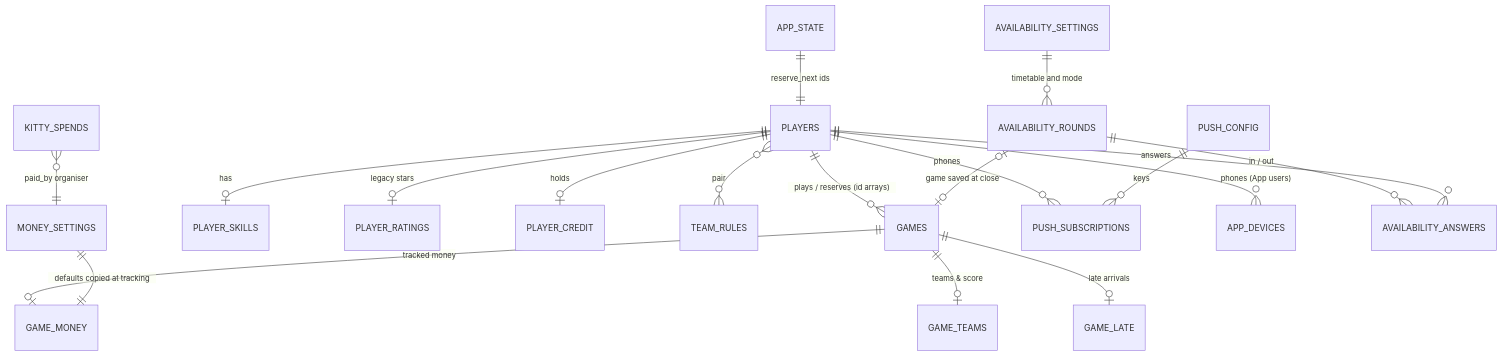
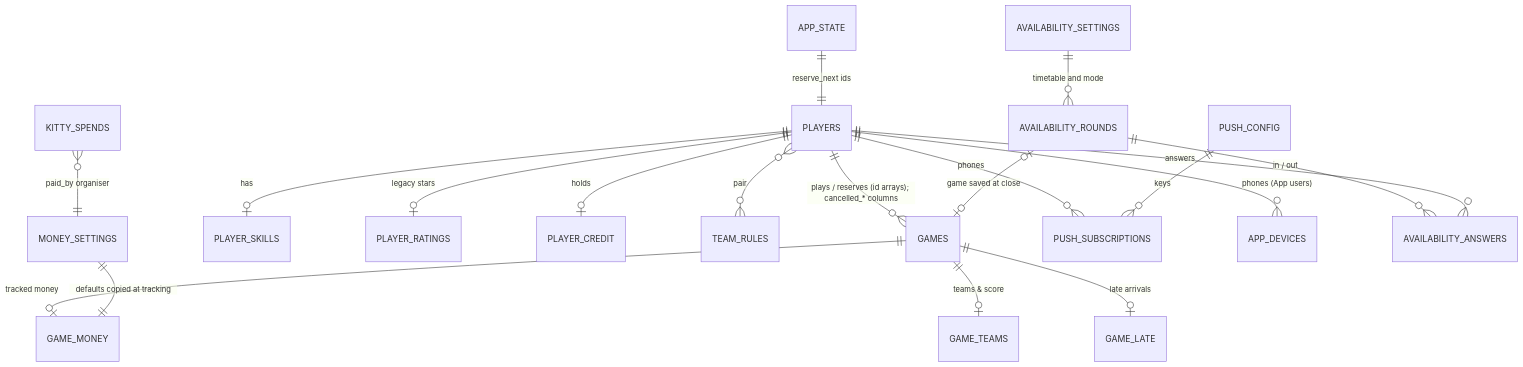
Before and after one commit to nealpatel87np/FootballApp: the tenth of 10 diagrams in docs/SOLUTION_DESIGN.md, drawn with Mermaid. The commit also changed other lines of this file and 5 other files, not shown here.

````diff
--- a/docs/SOLUTION_DESIGN.md
+++ b/docs/SOLUTION_DESIGN.md
@@ -734,21 +775,21 @@
 ```mermaid
 erDiagram
-  PLAYERS ||--o{ GAMES : "plays / reserves (id arrays)"
+  PLAYERS ||--o{ GAMES : "plays / reserves (id arrays); cancelled_* columns"
   PLAYERS ||--o| PLAYER_SKILLS : has
   PLAYERS ||--o| PLAYER_RATINGS : "legacy stars"
   PLAYERS ||--o| PLAYER_CREDIT : holds
   PLAYERS }o--o{ TEAM_RULES : "pair"
   GAMES ||--o| GAME_MONEY : "tracked money"
   GAMES ||--o| GAME_TEAMS : "teams & score"
   GAMES ||--o| GAME_LATE : "late arrivals"
   APP_STATE ||--|| PLAYERS : "reserve_next ids"
   MONEY_SETTINGS ||--|| GAME_MONEY : "defaults copied at tracking"
   KITTY_SPENDS }o--|| MONEY_SETTINGS : "paid_by organiser"
   PLAYERS ||--o{ PUSH_SUBSCRIPTIONS : "phones"
   PLAYERS ||--o{ APP_DEVICES : "phones (App users)"
   AVAILABILITY_ROUNDS ||--o{ AVAILABILITY_ANSWERS : "in / out"
   PLAYERS ||--o{ AVAILABILITY_ANSWERS : answers
   AVAILABILITY_ROUNDS |o--o| GAMES : "game saved at close"
   AVAILABILITY_SETTINGS ||--o{ AVAILABILITY_ROUNDS : "timetable and mode"
   PUSH_CONFIG ||--o{ PUSH_SUBSCRIPTIONS : "keys"
 ```
````
